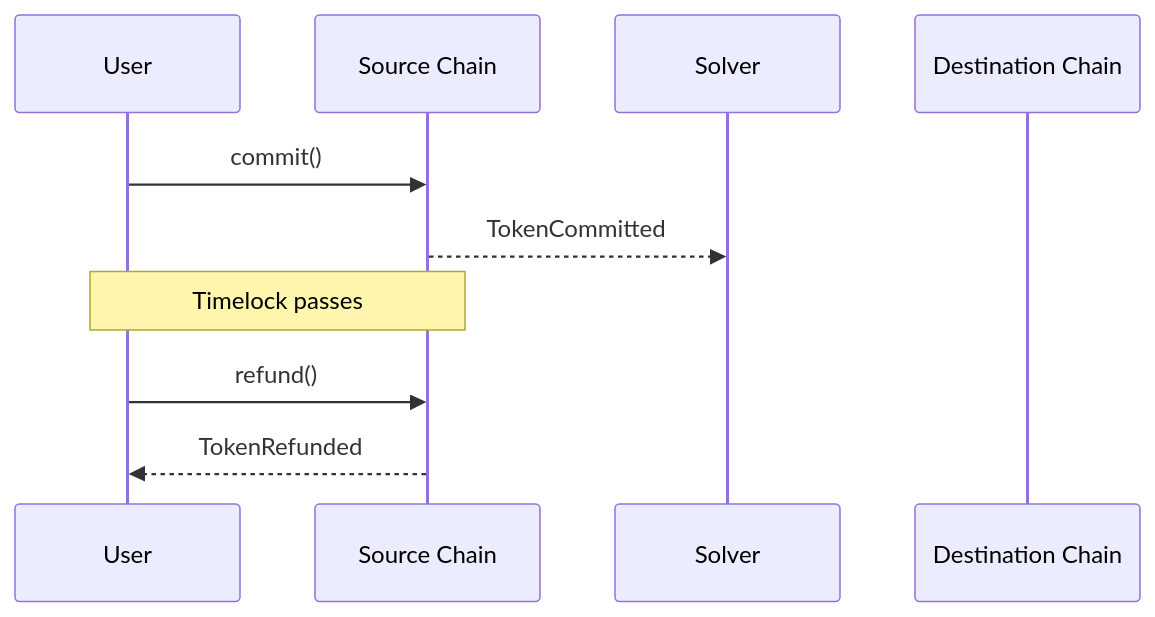
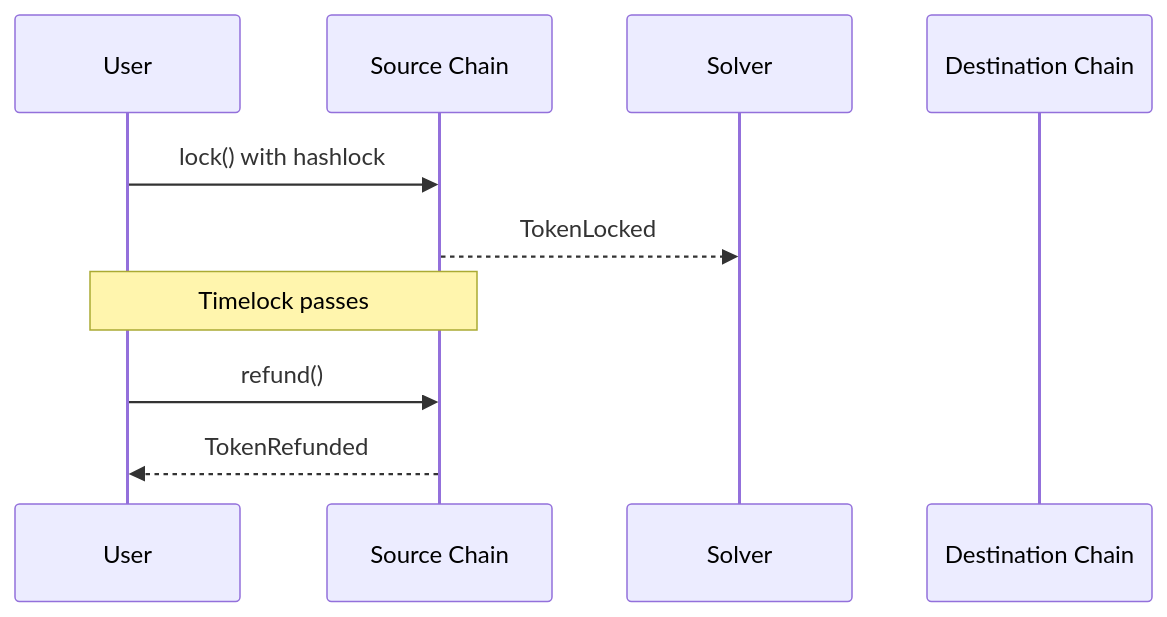
One commit to TrainProtocol/docs changed the first of 4 diagrams in protocol-spec/edge-cases.mdx. Above: the diagram before and after it, drawn with Mermaid. The commit also changed other lines of this file and 9 other files, not shown here.

````diff
--- a/protocol-spec/edge-cases.mdx
+++ b/protocol-spec/edge-cases.mdx
@@ -12,15 +12,15 @@
 ```mermaid
 sequenceDiagram
-    participant P1 as User
+    participant User
     participant SC as Source Chain
-    participant P2 as Solver
+    participant Solver
     participant DC as Destination Chain
 
 	
-    P1->>SC: commit()
-    SC-->>P2: TokenCommitted
+    User->>SC: lock() with hashlock
+    SC-->>Solver: TokenLocked
     
-    Note over P1,SC: Timelock passes
-    P1->>SC: refund()
-    SC-->>P1: TokenRefunded
+    Note over User,SC: Timelock passes
+    User->>SC: refund()
+    SC-->>User: TokenRefunded
 ```
````
